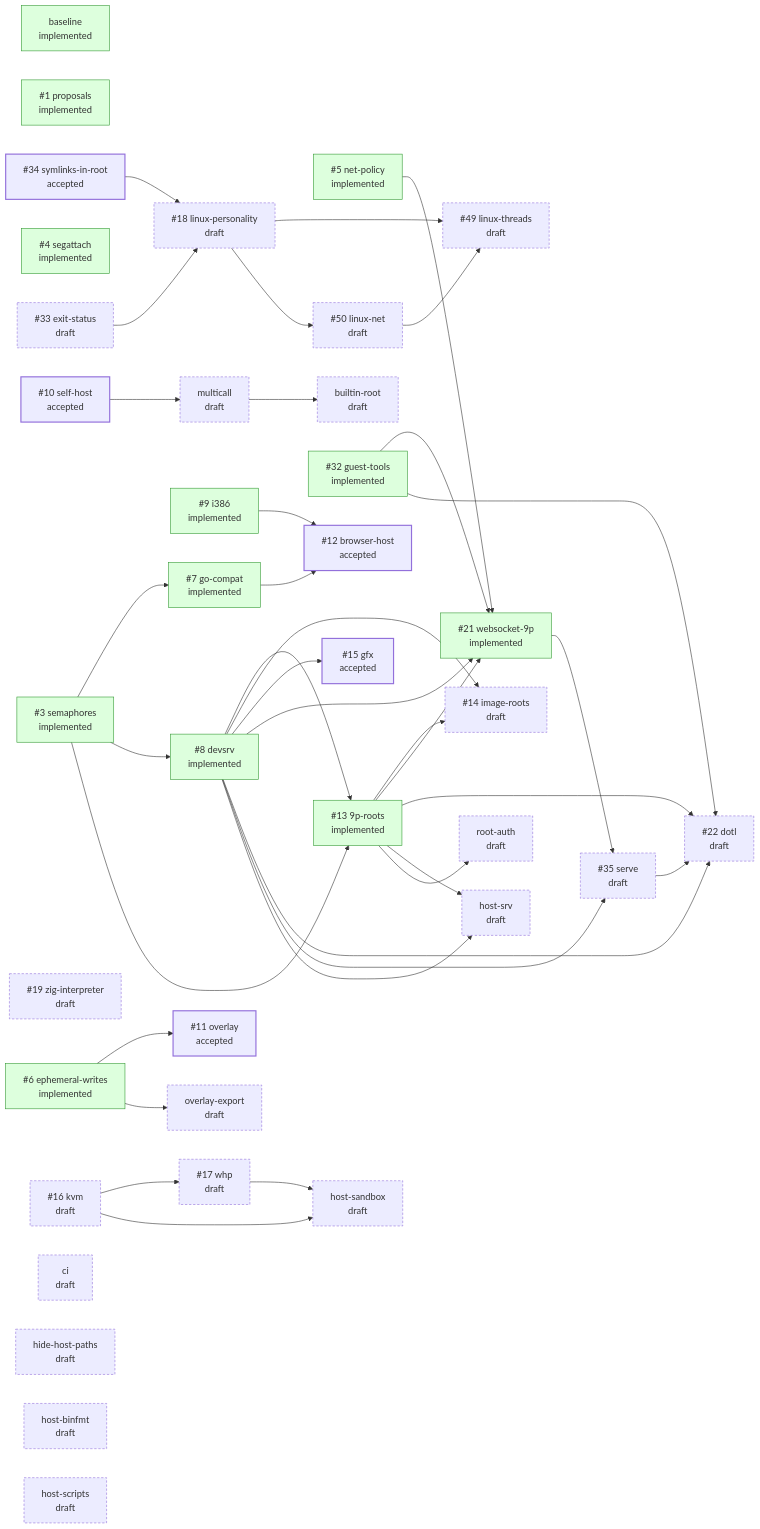
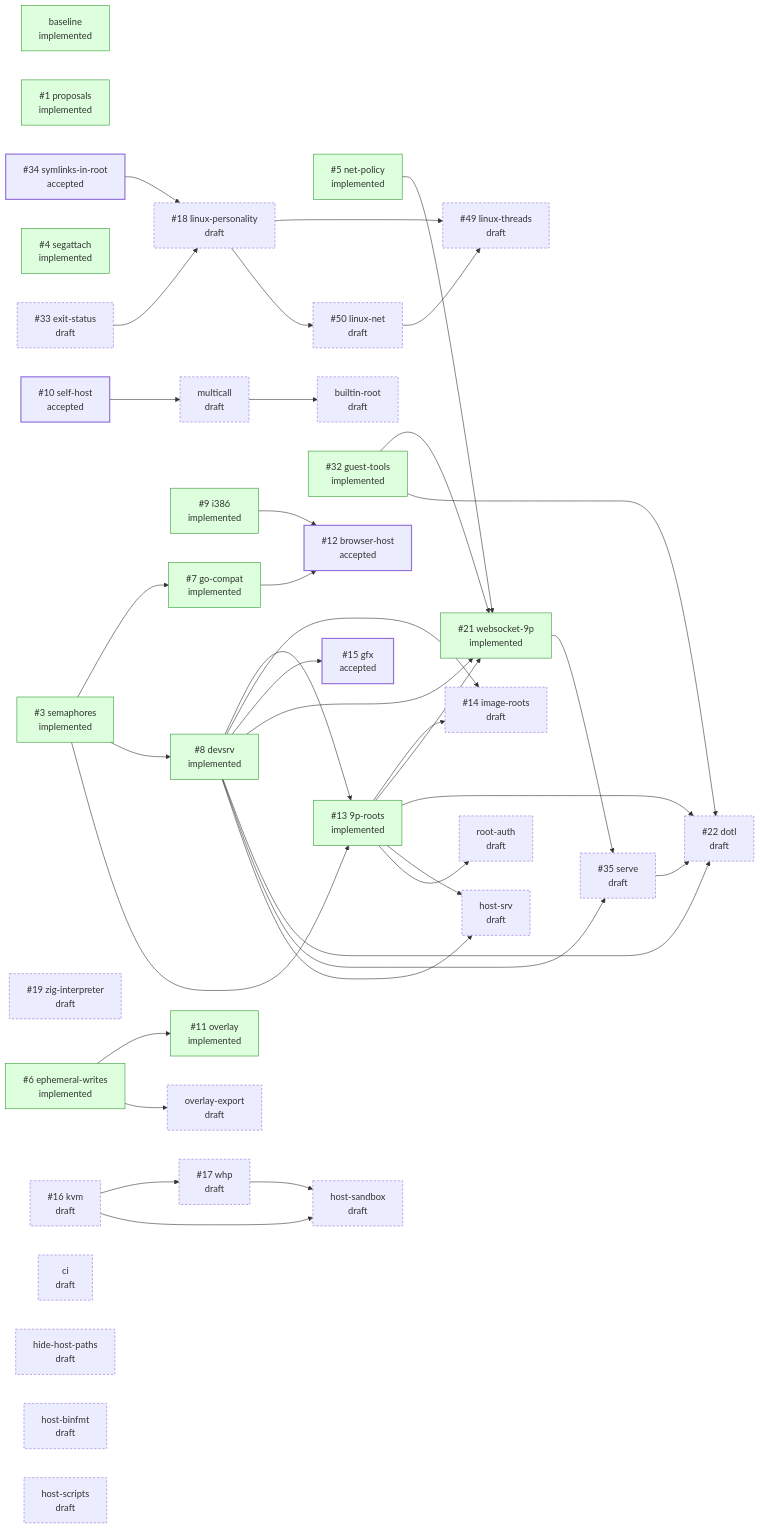
The diagram in README.md (progrium/hyper9), drawn with Mermaid before and after one commit. The commit also changed other lines of this file and 16 other files, not shown here.

````diff
--- a/README.md
+++ b/README.md
@@ -55,78 +55,78 @@
 ```mermaid
 flowchart LR
   classDef draft stroke-dasharray: 4 3
   classDef accepted stroke-width: 2px
   classDef implemented fill:#dfd,stroke:#393
   classDef closed fill:#eee,stroke:#999,color:#777
   p_baseline["baseline<br/>implemented"]:::implemented
   p_proposals["#35;1 proposals<br/>implemented"]:::implemented
   p_semaphores["#35;3 semaphores<br/>implemented"]:::implemented
   p_segattach["#35;4 segattach<br/>implemented"]:::implemented
   p_net_policy["#35;5 net-policy<br/>implemented"]:::implemented
   p_ephemeral_writes["#35;6 ephemeral-writes<br/>implemented"]:::implemented
   p_go_compat["#35;7 go-compat<br/>implemented"]:::implemented
   p_devsrv["#35;8 devsrv<br/>implemented"]:::implemented
   p_i386["#35;9 i386<br/>implemented"]:::implemented
   p_self_host["#35;10 self-host<br/>accepted"]:::accepted
-  p_overlay["#35;11 overlay<br/>accepted"]:::accepted
+  p_overlay["#35;11 overlay<br/>implemented"]:::implemented
   p_browser_host["#35;12 browser-host<br/>accepted"]:::accepted
   p_9p_roots["#35;13 9p-roots<br/>implemented"]:::implemented
   p_image_roots["#35;14 image-roots<br/>draft"]:::draft
   p_gfx["#35;15 gfx<br/>accepted"]:::accepted
   p_kvm["#35;16 kvm<br/>draft"]:::draft
   p_whp["#35;17 whp<br/>draft"]:::draft
   p_linux_personality["#35;18 linux-personality<br/>draft"]:::draft
   p_zig_interpreter["#35;19 zig-interpreter<br/>draft"]:::draft
   p_websocket_9p["#35;21 websocket-9p<br/>implemented"]:::implemented
   p_dotl["#35;22 dotl<br/>draft"]:::draft
   p_guest_tools["#35;32 guest-tools<br/>implemented"]:::implemented
   p_exit_status["#35;33 exit-status<br/>draft"]:::draft
   p_symlinks_in_root["#35;34 symlinks-in-root<br/>accepted"]:::accepted
   p_serve["#35;35 serve<br/>draft"]:::draft
   p_linux_threads["#35;49 linux-threads<br/>draft"]:::draft
   p_linux_net["#35;50 linux-net<br/>draft"]:::draft
   p_builtin_root["builtin-root<br/>draft"]:::draft
   p_ci["ci<br/>draft"]:::draft
   p_hide_host_paths["hide-host-paths<br/>draft"]:::draft
   p_host_binfmt["host-binfmt<br/>draft"]:::draft
   p_host_sandbox["host-sandbox<br/>draft"]:::draft
   p_host_scripts["host-scripts<br/>draft"]:::draft
   p_host_srv["host-srv<br/>draft"]:::draft
   p_multicall["multicall<br/>draft"]:::draft
   p_overlay_export["overlay-export<br/>draft"]:::draft
   p_root_auth["root-auth<br/>draft"]:::draft
   p_semaphores --> p_go_compat
   p_semaphores --> p_devsrv
   p_ephemeral_writes --> p_overlay
   p_go_compat --> p_browser_host
   p_i386 --> p_browser_host
   p_semaphores --> p_9p_roots
   p_devsrv --> p_9p_roots
   p_devsrv --> p_image_roots
   p_9p_roots --> p_image_roots
   p_devsrv --> p_gfx
   p_kvm --> p_whp
   p_symlinks_in_root --> p_linux_personality
   p_exit_status --> p_linux_personality
   p_net_policy --> p_websocket_9p
   p_devsrv --> p_websocket_9p
   p_9p_roots --> p_websocket_9p
   p_guest_tools --> p_websocket_9p
   p_devsrv --> p_dotl
   p_9p_roots --> p_dotl
   p_serve --> p_dotl
   p_guest_tools --> p_dotl
   p_devsrv --> p_serve
   p_websocket_9p --> p_serve
   p_linux_personality --> p_linux_threads
   p_linux_net --> p_linux_threads
   p_linux_personality --> p_linux_net
   p_multicall --> p_builtin_root
   p_kvm --> p_host_sandbox
   p_whp --> p_host_sandbox
   p_devsrv --> p_host_srv
   p_9p_roots --> p_host_srv
   p_self_host --> p_multicall
   p_ephemeral_writes --> p_overlay_export
   p_9p_roots --> p_root_auth
 ```
````
